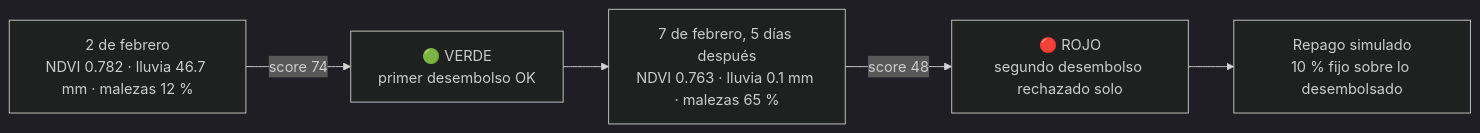
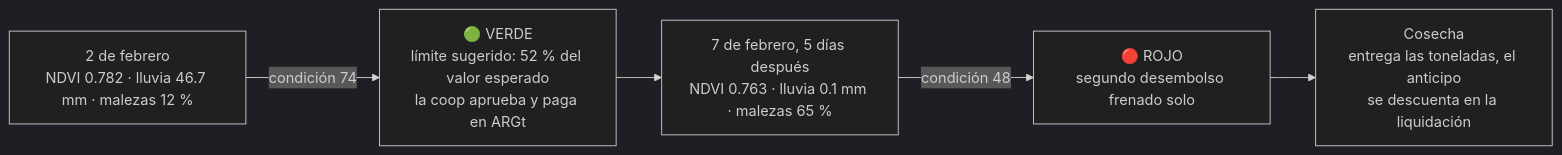
The second of 2 diagrams in docs/como-funciona-precrop.md (raulfunes/PreCrop), drawn with Mermaid (dark theme) before and after one commit. The commit also changed other lines of this file and 9 other files, not shown here.

````diff
--- a/docs/como-funciona-precrop.md
+++ b/docs/como-funciona-precrop.md
@@ -42,7 +49,7 @@
 ```mermaid
 flowchart LR
-    A["2 de febrero<br/>NDVI 0.782 · lluvia 46.7 mm · malezas 12 %"] -->|"score 74"| V["🟢 VERDE<br/>primer desembolso OK"]
+    A["2 de febrero<br/>NDVI 0.782 · lluvia 46.7 mm · malezas 12 %"] -->|"condición 74"| V["🟢 VERDE<br/>límite sugerido: 52 % del valor esperado<br/>la coop aprueba y paga en ARGt"]
     V --> B["7 de febrero, 5 días después<br/>NDVI 0.763 · lluvia 0.1 mm · malezas 65 %"]
-    B -->|"score 48"| R["🔴 ROJO<br/>segundo desembolso rechazado solo"]
-    R --> P["Repago simulado<br/>10 % fijo sobre lo desembolsado"]
+    B -->|"condición 48"| R["🔴 ROJO<br/>segundo desembolso frenado solo"]
+    R --> P["Cosecha<br/>entrega las toneladas, el anticipo<br/>se descuenta en la liquidación"]
 ```
````
